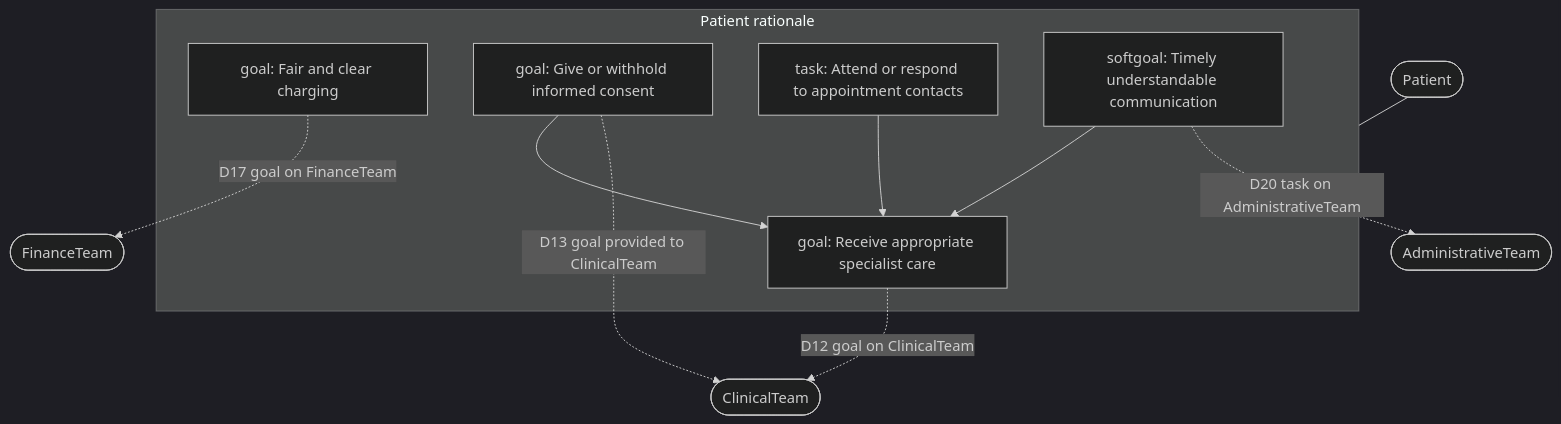
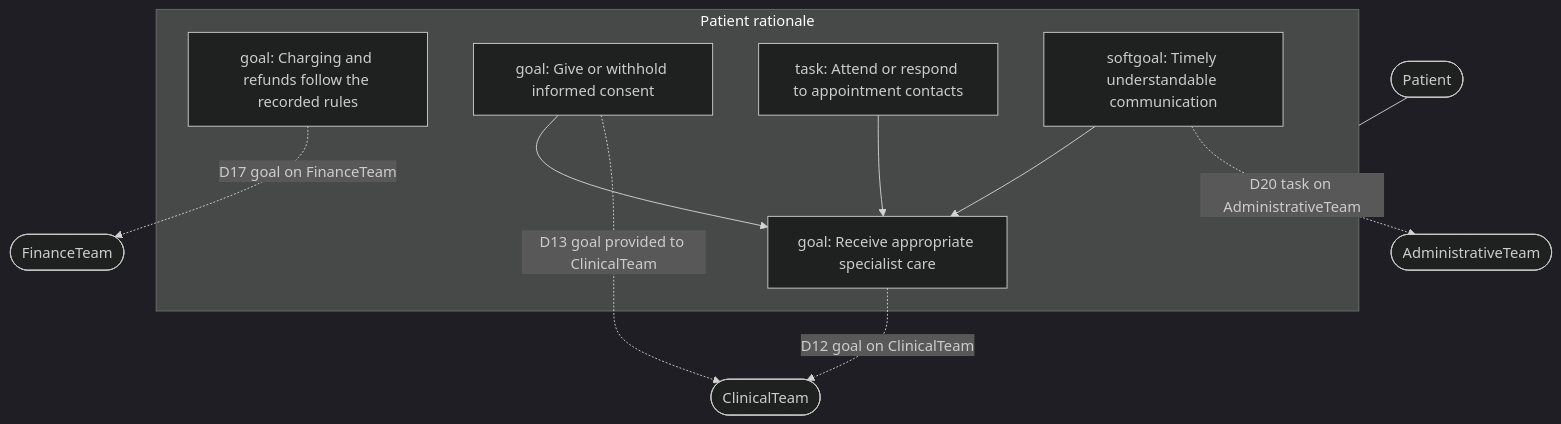
Before and after one commit to Estrella6066773/HW_AISD: the second of 11 diagrams in docs/istar/PB-16_sr.md, drawn with Mermaid (dark theme). The commit also changed other lines of this file and 2 other files, not shown here.

Commit message:
Align four strategic dependencies with the case.
D5 covers only a new patient appointment, D11 includes clinic-letter recipients other than the patient, D14 is the normal route so it no longer conflicts with urgent care, and D17 states charging rules that can be judged.

````diff
--- a/docs/istar/PB-16_sr.md
+++ b/docs/istar/PB-16_sr.md
@@ -46,22 +46,22 @@
 ```mermaid
 flowchart TB
   PT([Patient])
   subgraph PT_boundary[Patient rationale]
     PT_G1[goal: Receive appropriate specialist care]
-    PT_G2[goal: Fair and clear charging]
+    PT_G2[goal: Charging and refunds follow the recorded rules]
     PT_G3[goal: Give or withhold informed consent]
     PT_T1[task: Attend or respond to appointment contacts]
     PT_SG1[softgoal: Timely understandable communication]
     PT_T1 --> PT_G1
     PT_SG1 --> PT_G1
     PT_G3 --> PT_G1
   end
   PT --- PT_boundary
   CL([ClinicalTeam])
   FI([FinanceTeam])
   AD([AdministrativeTeam])
   PT_G1 -.->|D12 goal on ClinicalTeam| CL
   PT_G3 -.->|D13 goal provided to ClinicalTeam| CL
   PT_G2 -.->|D17 goal on FinanceTeam| FI
   PT_SG1 -.->|D20 task on AdministrativeTeam| AD
 ```
````
